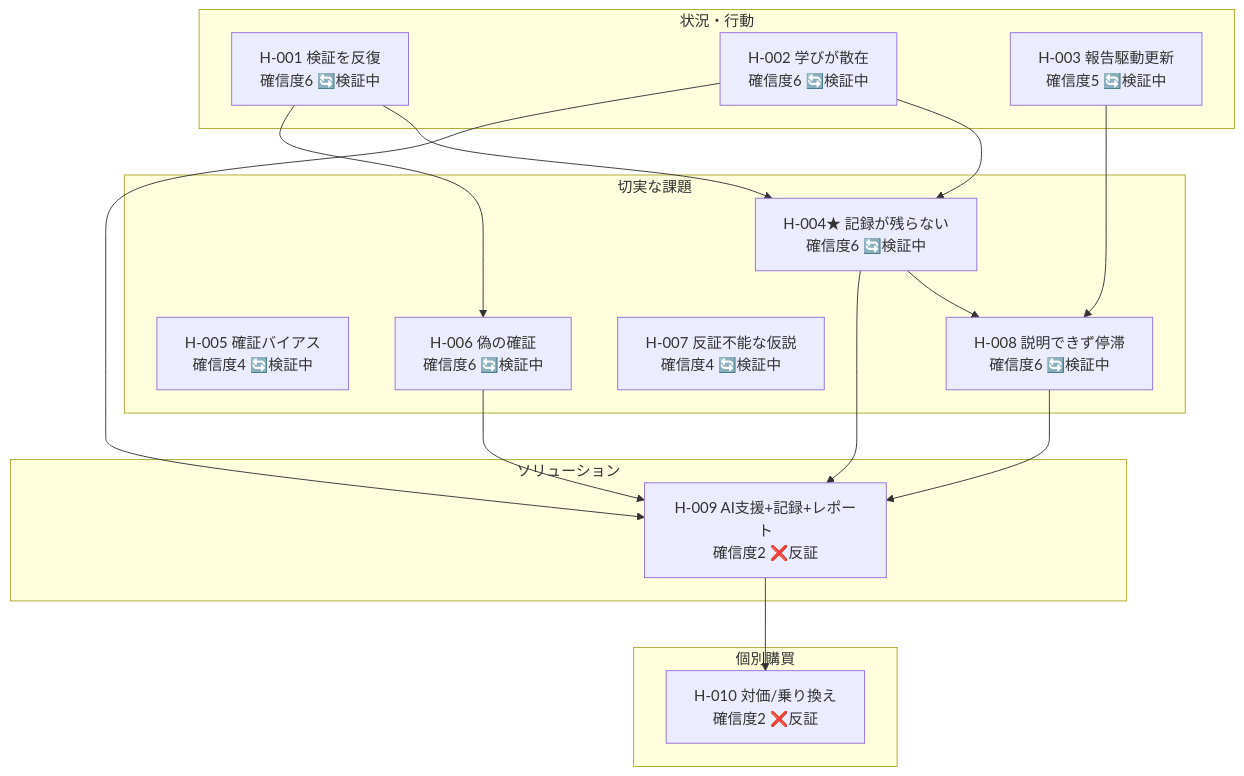
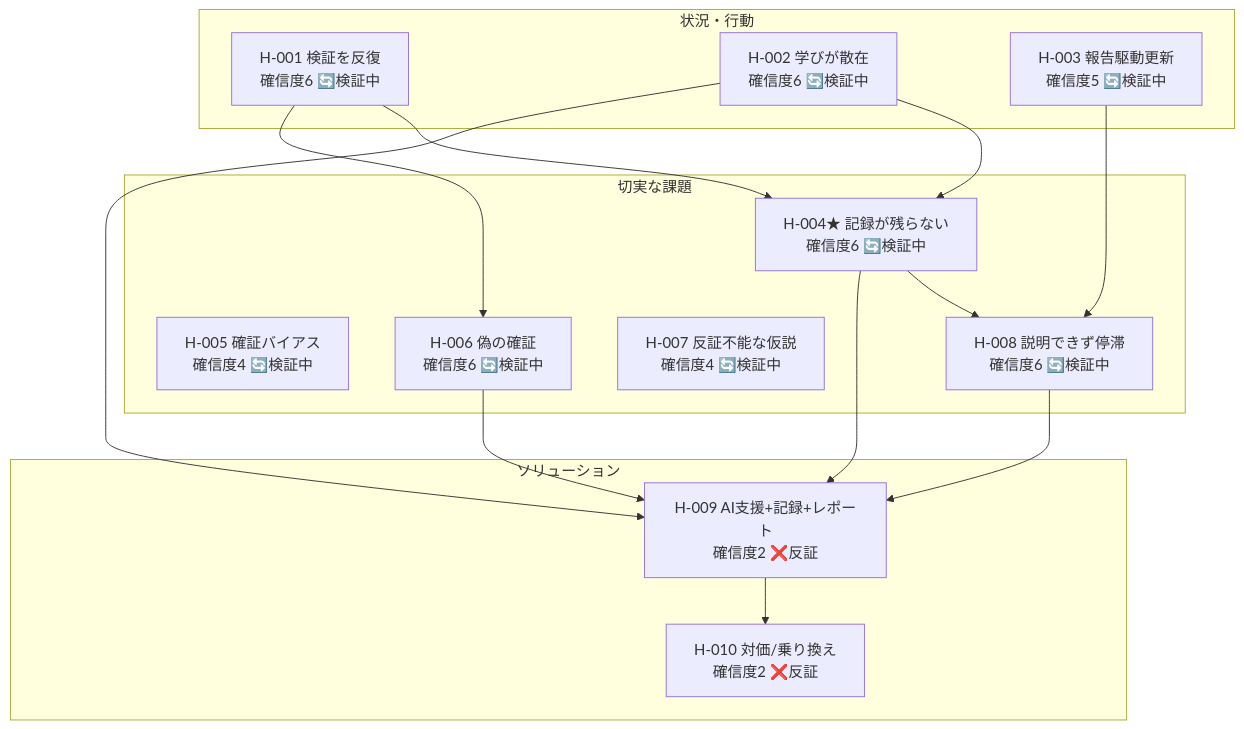
Before and after one commit to haru01/hypothesis-wiki: the diagram in projects/self/wiki/views/hypotheses-list.md, drawn with Mermaid. The commit also changed other lines of this file and 19 other files, not shown here.

````diff
--- a/projects/self/wiki/views/hypotheses-list.md
+++ b/projects/self/wiki/views/hypotheses-list.md
@@ -10,31 +10,29 @@
 ```mermaid
 flowchart TB
     subgraph beh["状況・行動"]
       SELF_H_001["H-001 検証を反復<br/>確信度6 🔄検証中"]
       SELF_H_002["H-002 学びが散在<br/>確信度6 🔄検証中"]
       SELF_H_003["H-003 報告駆動更新<br/>確信度5 🔄検証中"]
     end
     subgraph prob["切実な課題"]
       SELF_H_004["H-004★ 記録が残らない<br/>確信度6 🔄検証中"]
       SELF_H_005["H-005 確証バイアス<br/>確信度4 🔄検証中"]
       SELF_H_006["H-006 偽の確証<br/>確信度6 🔄検証中"]
       SELF_H_007["H-007 反証不能な仮説<br/>確信度4 🔄検証中"]
       SELF_H_008["H-008 説明できず停滞<br/>確信度6 🔄検証中"]
     end
     subgraph sol["ソリューション"]
       SELF_H_009["H-009 AI支援+記録+レポート<br/>確信度2 ❌反証"]
-    end
-    subgraph mkt["個別購買"]
       SELF_H_010["H-010 対価/乗り換え<br/>確信度2 ❌反証"]
     end
     SELF_H_001 --> SELF_H_004
     SELF_H_001 --> SELF_H_006
     SELF_H_002 --> SELF_H_004
     SELF_H_002 --> SELF_H_009
     SELF_H_003 --> SELF_H_008
     SELF_H_004 --> SELF_H_008
     SELF_H_004 --> SELF_H_009
     SELF_H_006 --> SELF_H_009
     SELF_H_008 --> SELF_H_009
     SELF_H_009 --> SELF_H_010
 ```
````
